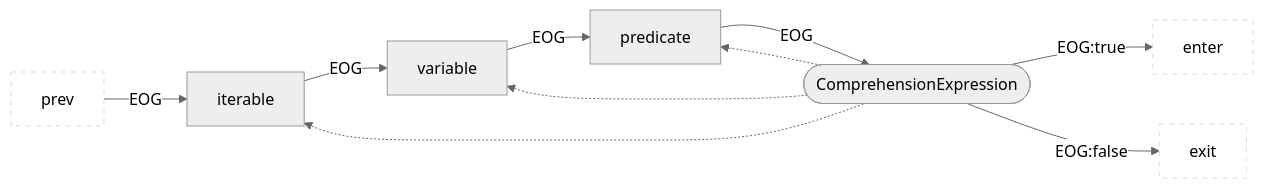
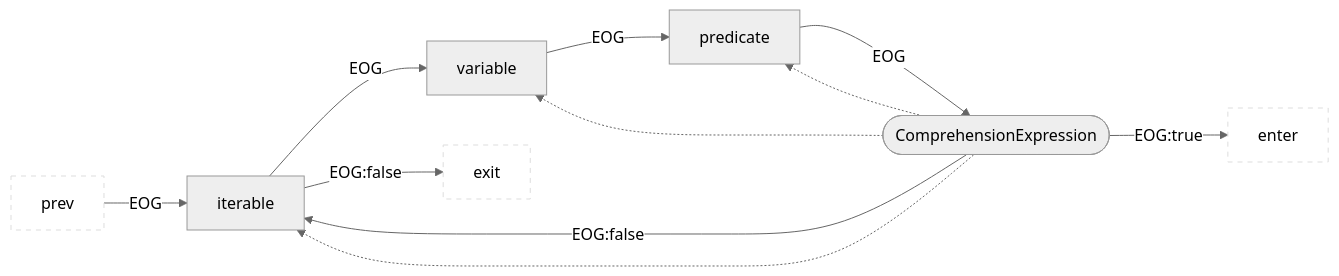
Diagram 38 of 46 in docs/docs/CPG/specs/eog.md (Fraunhofer-AISEC/cpg), drawn with Mermaid (neutral theme) before and after one commit.

Commit message:
Alternative for ComprehensionExpression

````diff
--- a/docs/docs/CPG/specs/eog.md
+++ b/docs/docs/CPG/specs/eog.md
@@ -729,13 +729,14 @@
 ```mermaid
 flowchart LR
   classDef outer fill:#fff,stroke:#ddd,stroke-dasharray:5 5;
   prev:::outer --EOG--> child1["iterable"]
   child1 --EOG--> child2["variable"]
   child2 --EOG--> child3["predicate"]
   child3 --EOG--> parent(["ComprehensionExpression"])
   parent --EOG:true--> enter:::outer
-  parent --EOG:false--> exit:::outer
+  parent --EOG:false--> child1
+  child1 --EOG:false--> exit:::outer
   parent -.-> child3
   parent -.-> child2
   parent -.-> child1
 ```
````
